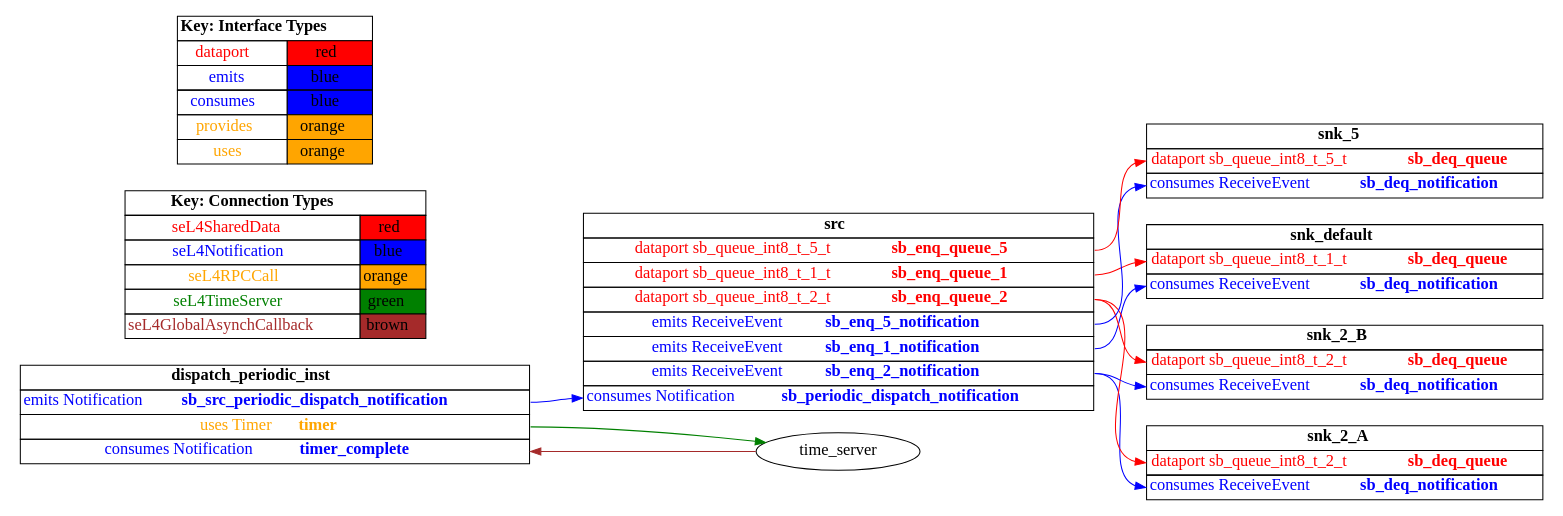
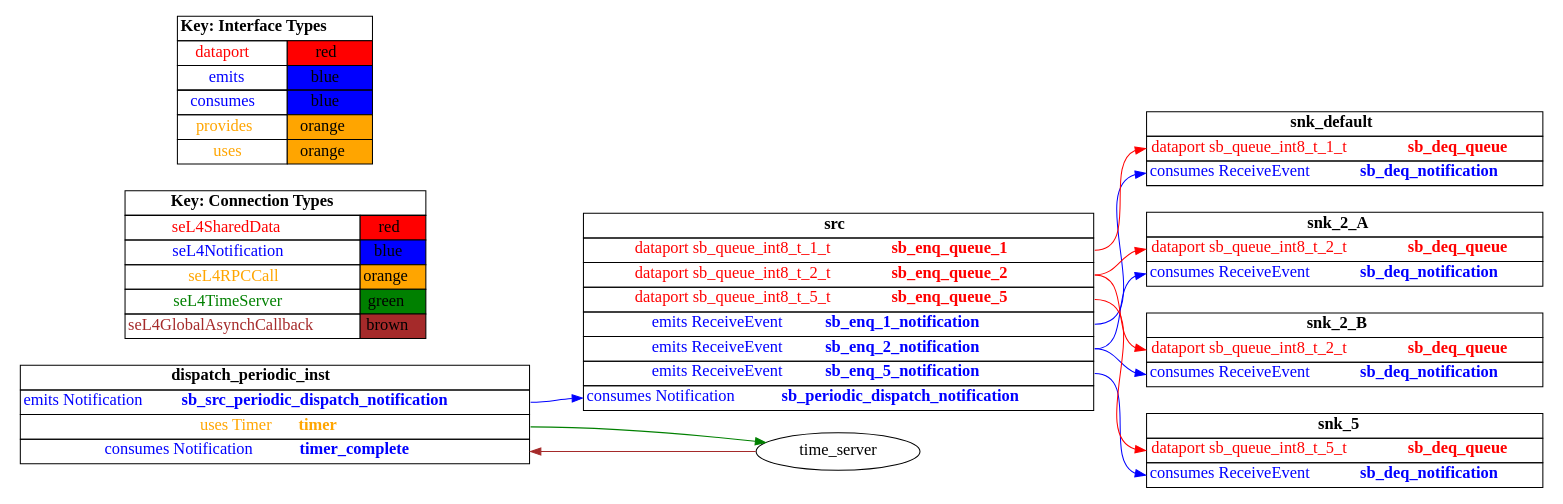
Before and after one commit to loonwerks/CASE: the diagram in TA5/tool-evaluation-4/HAMR/examples/test_event_data_port_fan_out/CAmkES_seL4_Only/graph.dot, drawn with Graphviz. The commit also changed other lines of this file and 460 other files, not shown here.

```diff
--- a/TA5/tool-evaluation-4/HAMR/examples/test_event_data_port_fan_out/CAmkES_seL4_Only/graph.dot
+++ b/TA5/tool-evaluation-4/HAMR/examples/test_event_data_port_fan_out/CAmkES_seL4_Only/graph.dot
@@ -1,179 +1,179 @@
 digraph g {
 graph [
   overlap = false,
   rankdir = "LR"
 ];
 node [
   fontsize = "16",
   shape = "ellipse"
 ];
 edge [
 ];
 
 src [
   label=<
     <TABLE BORDER="0" CELLBORDER="1" CELLSPACING="0">
       <TR><TD><B>src</B></TD></TR>
-      <TR><TD PORT="sb_enq_queue_5"><FONT COLOR="red">dataport sb_queue_int8_t_5_t <B>sb_enq_queue_5</B></FONT></TD></TR>
       <TR><TD PORT="sb_enq_queue_1"><FONT COLOR="red">dataport sb_queue_int8_t_1_t <B>sb_enq_queue_1</B></FONT></TD></TR>
       <TR><TD PORT="sb_enq_queue_2"><FONT COLOR="red">dataport sb_queue_int8_t_2_t <B>sb_enq_queue_2</B></FONT></TD></TR>
-      <TR><TD PORT="sb_enq_5_notification"><FONT COLOR="blue">emits ReceiveEvent <B>sb_enq_5_notification</B></FONT></TD></TR>
+      <TR><TD PORT="sb_enq_queue_5"><FONT COLOR="red">dataport sb_queue_int8_t_5_t <B>sb_enq_queue_5</B></FONT></TD></TR>
       <TR><TD PORT="sb_enq_1_notification"><FONT COLOR="blue">emits ReceiveEvent <B>sb_enq_1_notification</B></FONT></TD></TR>
       <TR><TD PORT="sb_enq_2_notification"><FONT COLOR="blue">emits ReceiveEvent <B>sb_enq_2_notification</B></FONT></TD></TR>
+      <TR><TD PORT="sb_enq_5_notification"><FONT COLOR="blue">emits ReceiveEvent <B>sb_enq_5_notification</B></FONT></TD></TR>
       <TR><TD PORT="sb_periodic_dispatch_notification"><FONT COLOR="blue">consumes Notification <B>sb_periodic_dispatch_notification</B></FONT></TD></TR>"
     </TABLE>
   >
   shape=plaintext
 ];
 
 snk_default [
   label=<
     <TABLE BORDER="0" CELLBORDER="1" CELLSPACING="0">
       <TR><TD><B>snk_default</B></TD></TR>
       <TR><TD PORT="sb_deq_queue"><FONT COLOR="red">dataport sb_queue_int8_t_1_t <B>sb_deq_queue</B></FONT></TD></TR>
       <TR><TD PORT="sb_deq_notification"><FONT COLOR="blue">consumes ReceiveEvent <B>sb_deq_notification</B></FONT></TD></TR>"
     </TABLE>
   >
   shape=plaintext
 ];
 
 snk_2_A [
   label=<
     <TABLE BORDER="0" CELLBORDER="1" CELLSPACING="0">
       <TR><TD><B>snk_2_A</B></TD></TR>
       <TR><TD PORT="sb_deq_queue"><FONT COLOR="red">dataport sb_queue_int8_t_2_t <B>sb_deq_queue</B></FONT></TD></TR>
       <TR><TD PORT="sb_deq_notification"><FONT COLOR="blue">consumes ReceiveEvent <B>sb_deq_notification</B></FONT></TD></TR>"
     </TABLE>
   >
   shape=plaintext
 ];
 
 snk_2_B [
   label=<
     <TABLE BORDER="0" CELLBORDER="1" CELLSPACING="0">
       <TR><TD><B>snk_2_B</B></TD></TR>
       <TR><TD PORT="sb_deq_queue"><FONT COLOR="red">dataport sb_queue_int8_t_2_t <B>sb_deq_queue</B></FONT></TD></TR>
       <TR><TD PORT="sb_deq_notification"><FONT COLOR="blue">consumes ReceiveEvent <B>sb_deq_notification</B></FONT></TD></TR>"
     </TABLE>
   >
   shape=plaintext
 ];
 
 snk_5 [
   label=<
     <TABLE BORDER="0" CELLBORDER="1" CELLSPACING="0">
       <TR><TD><B>snk_5</B></TD></TR>
       <TR><TD PORT="sb_deq_queue"><FONT COLOR="red">dataport sb_queue_int8_t_5_t <B>sb_deq_queue</B></FONT></TD></TR>
       <TR><TD PORT="sb_deq_notification"><FONT COLOR="blue">consumes ReceiveEvent <B>sb_deq_notification</B></FONT></TD></TR>"
     </TABLE>
   >
   shape=plaintext
 ];
 
 dispatch_periodic_inst [
   label=<
     <TABLE BORDER="0" CELLBORDER="1" CELLSPACING="0">
       <TR><TD><B>dispatch_periodic_inst</B></TD></TR>
       <TR><TD PORT="sb_src_periodic_dispatch_notification"><FONT COLOR="blue">emits Notification <B>sb_src_periodic_dispatch_notification</B></FONT></TD></TR>
       <TR><TD PORT="timer"><FONT COLOR="orange">uses Timer <B>timer</B></FONT></TD></TR>
       <TR><TD PORT="timer_complete"><FONT COLOR="blue">consumes Notification <B>timer_complete</B></FONT></TD></TR>"
     </TABLE>
   >
   shape=plaintext
 ];
 
 connectiontypekey [
   label=<
    <TABLE BORDER="0" CELLBORDER="1" CELLSPACING="0">
      <TR><TD COLSPAN="2"><B>Key: Connection Types</B></TD></TR>
      <TR><TD><FONT COLOR="red">seL4SharedData</FONT></TD><TD BGCOLOR="red">red</TD></TR>
      <TR><TD><FONT COLOR="blue">seL4Notification</FONT></TD><TD BGCOLOR="blue">blue</TD></TR>
      <TR><TD><FONT COLOR="orange">seL4RPCCall</FONT></TD><TD BGCOLOR="orange">orange</TD></TR>
      <TR><TD><FONT COLOR="green">seL4TimeServer</FONT></TD><TD BGCOLOR="green">green</TD></TR>
      <TR><TD><FONT COLOR="brown">seL4GlobalAsynchCallback</FONT></TD><TD BGCOLOR="brown">brown</TD></TR>
    </TABLE>
   >
   shape=plaintext
 ];
 
 interfacetypekey [
   label=<
    <TABLE BORDER="0" CELLBORDER="1" CELLSPACING="0">
      <TR><TD COLSPAN="2"><B>Key: Interface Types</B></TD></TR>
      <TR><TD><FONT COLOR="red">dataport</FONT></TD><TD BGCOLOR="red">red</TD></TR>
      <TR><TD><FONT COLOR="blue">emits</FONT></TD><TD BGCOLOR="blue">blue</TD></TR>
      <TR><TD><FONT COLOR="blue">consumes</FONT></TD><TD BGCOLOR="blue">blue</TD></TR>
      <TR><TD><FONT COLOR="orange">provides</FONT></TD><TD BGCOLOR="orange">orange</TD></TR>
      <TR><TD><FONT COLOR="orange">uses</FONT></TD><TD BGCOLOR="orange">orange</TD></TR>
    </TABLE>
   >
   shape=plaintext
 ];
 
-"dispatch_periodic_inst":sb_src_periodic_dispatch_notification -> "src":sb_periodic_dispatch_notification [
+"src":sb_enq_1_notification -> "snk_default":sb_deq_notification [
   color="blue"
   //label = "seL4Notification"
   id = conn1
 ];
 
-"src":sb_enq_1_notification -> "snk_default":sb_deq_notification [
-  color="blue"
-  //label = "seL4Notification"
-  id = conn2
-];
-
 "src":sb_enq_queue_1 -> "snk_default":sb_deq_queue [
   color="red"
   //label = "seL4SharedData"
-  id = conn3
+  id = conn2
 ];
 
 "src":sb_enq_2_notification -> "snk_2_A":sb_deq_notification [
   color="blue"
   //label = "seL4Notification"
-  id = conn4
+  id = conn3
 ];
 
 "src":sb_enq_queue_2 -> "snk_2_A":sb_deq_queue [
   color="red"
   //label = "seL4SharedData"
-  id = conn5
+  id = conn4
 ];
 
 "src":sb_enq_2_notification -> "snk_2_B":sb_deq_notification [
   color="blue"
   //label = "seL4Notification"
-  id = conn6
+  id = conn5
 ];
 
 "src":sb_enq_queue_2 -> "snk_2_B":sb_deq_queue [
   color="red"
   //label = "seL4SharedData"
-  id = conn7
+  id = conn6
 ];
 
 "src":sb_enq_5_notification -> "snk_5":sb_deq_notification [
   color="blue"
   //label = "seL4Notification"
-  id = conn8
+  id = conn7
 ];
 
 "src":sb_enq_queue_5 -> "snk_5":sb_deq_queue [
   color="red"
   //label = "seL4SharedData"
+  id = conn8
+];
+
+"dispatch_periodic_inst":sb_src_periodic_dispatch_notification -> "src":sb_periodic_dispatch_notification [
+  color="blue"
+  //label = "seL4Notification"
   id = conn9
 ];
 
 "dispatch_periodic_inst":timer -> "time_server":the_timer [
   color="green"
   //label = "seL4TimeServer"
   id = conn10
 ];
 
 "time_server":timer_notification -> "dispatch_periodic_inst":timer_complete [
   color="brown"
   //label = "seL4GlobalAsynchCallback"
   id = conn11
 ];
 
 }
```
